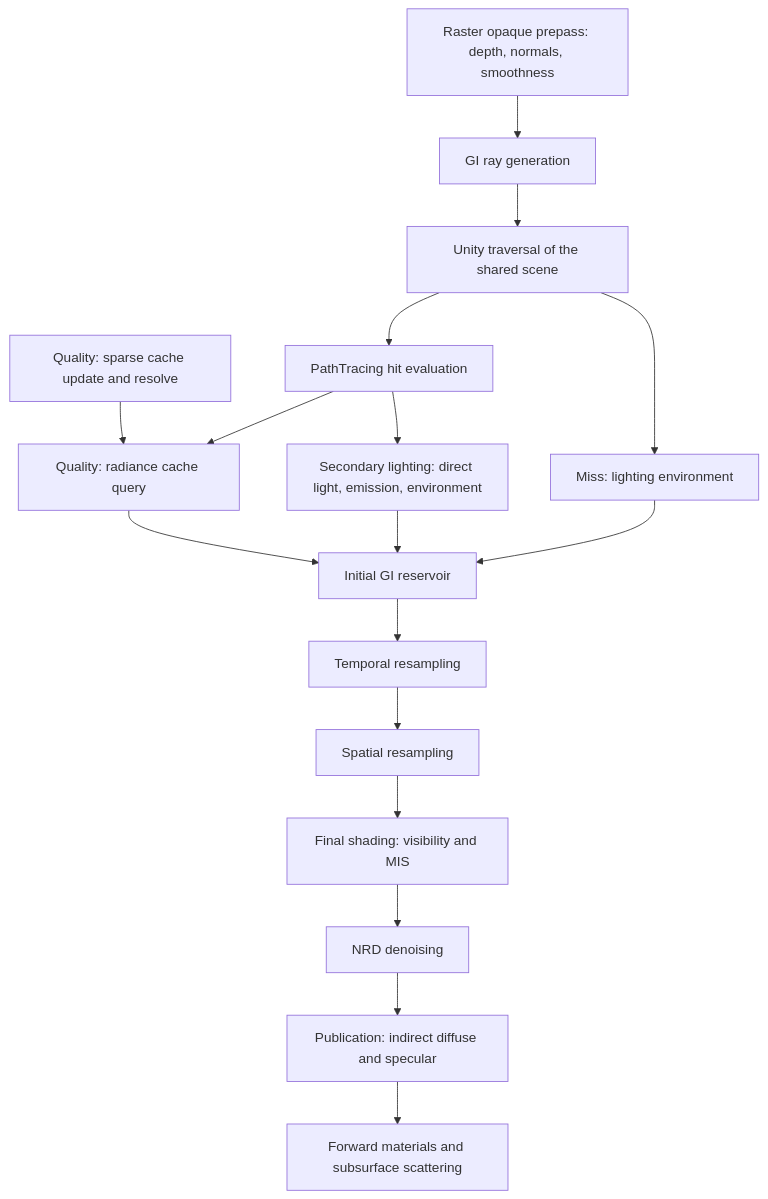
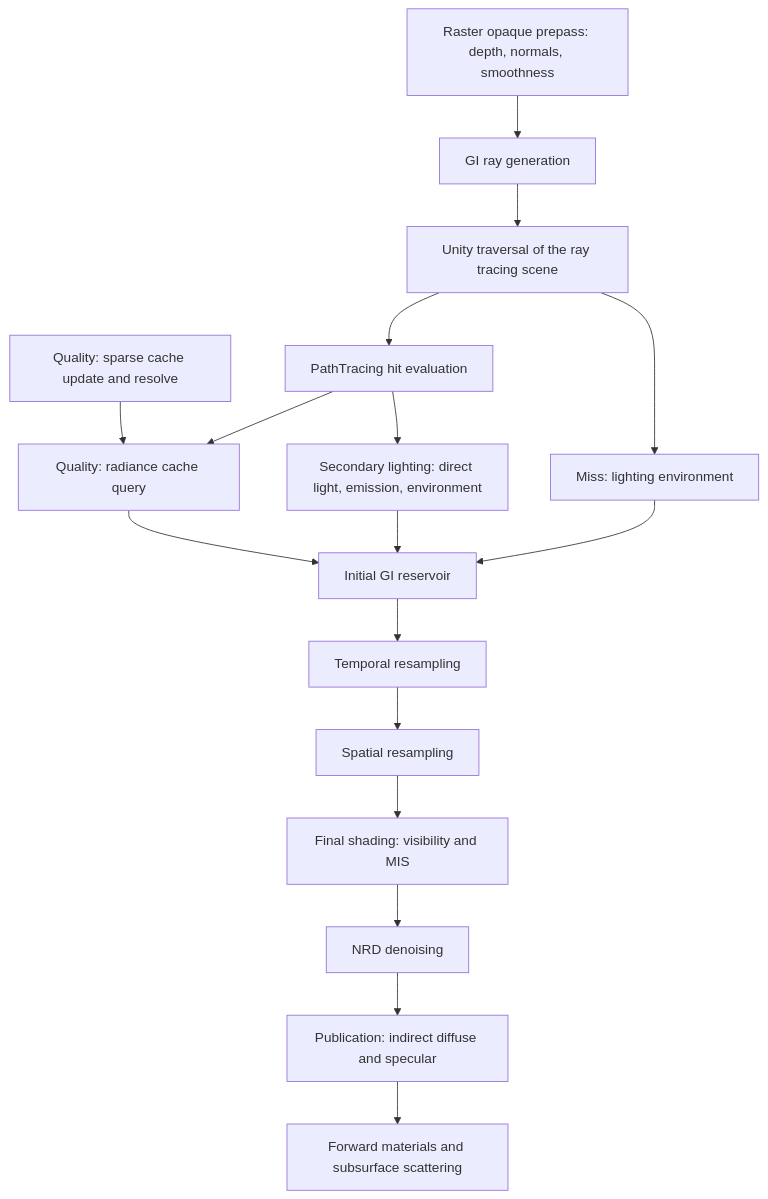
Before and after one commit to AkiKurisu/IllusionRP: the diagram in Specs/ray-traced-global-illumination.md, drawn with Mermaid. The commit also changed other lines of this file and 17 other files, not shown here.

````diff
--- a/Specs/ray-traced-global-illumination.md
+++ b/Specs/ray-traced-global-illumination.md
@@ -29,19 +29,19 @@
 ```mermaid
 flowchart TD
     P[Raster opaque prepass: depth, normals, smoothness] --> G[GI ray generation]
-    G --> T[Unity traversal of the shared scene]
+    G --> T[Unity traversal of the ray tracing scene]
     T --> H[PathTracing hit evaluation]
     U[Quality: sparse cache update and resolve] --> C[Quality: radiance cache query]
     H --> C
     C --> I
     H --> S[Secondary lighting: direct light, emission, environment]
     T --> E[Miss: lighting environment]
     S --> I[Initial GI reservoir]
     E --> I
     I --> R1[Temporal resampling]
     R1 --> R2[Spatial resampling]
     R2 --> F[Final shading: visibility and MIS]
     F --> D[NRD denoising]
     D --> O[Publication: indirect diffuse and specular]
     O --> M[Forward materials and subsurface scattering]
 ```
````
